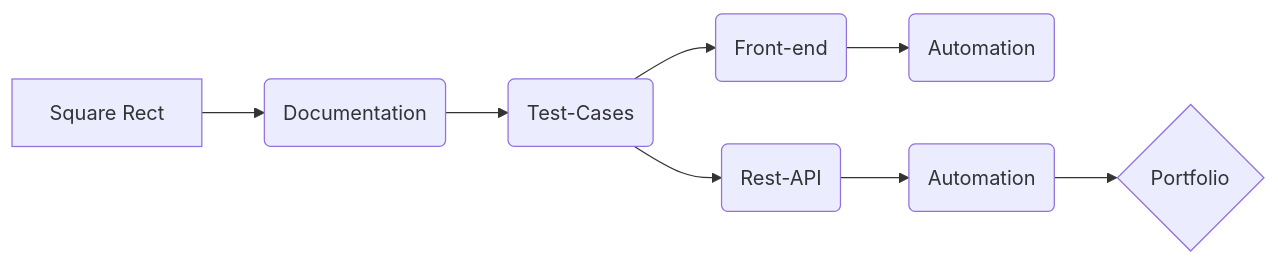
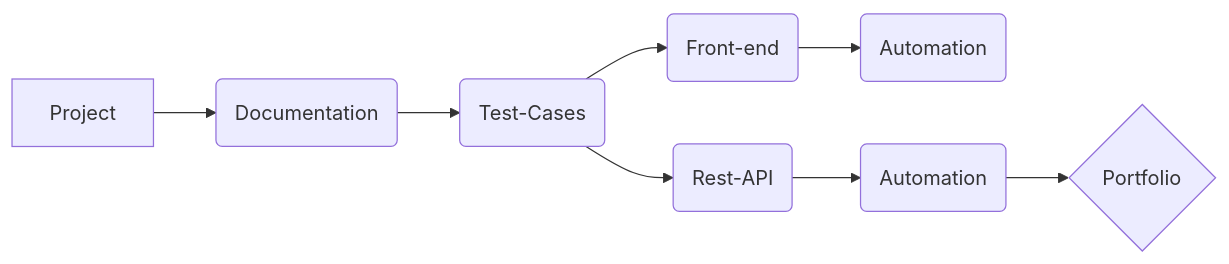
One commit to N-Uladzislau/Portfolio_Project changed the diagram in README.md. Above: the diagram before and after it, drawn with Mermaid.

````diff
--- a/README.md
+++ b/README.md
@@ -2,7 +2,7 @@
 ```mermaid
 graph LR
-A[Square Rect] --> B(Documentation) --> C(Test-Cases)
+A[Project] --> B(Documentation) --> C(Test-Cases)
 C --> Q(Front-end) --> W(Automation)
 C --> D(Rest-API) --> E(Automation) --> F{Portfolio}
 
 ```
````
